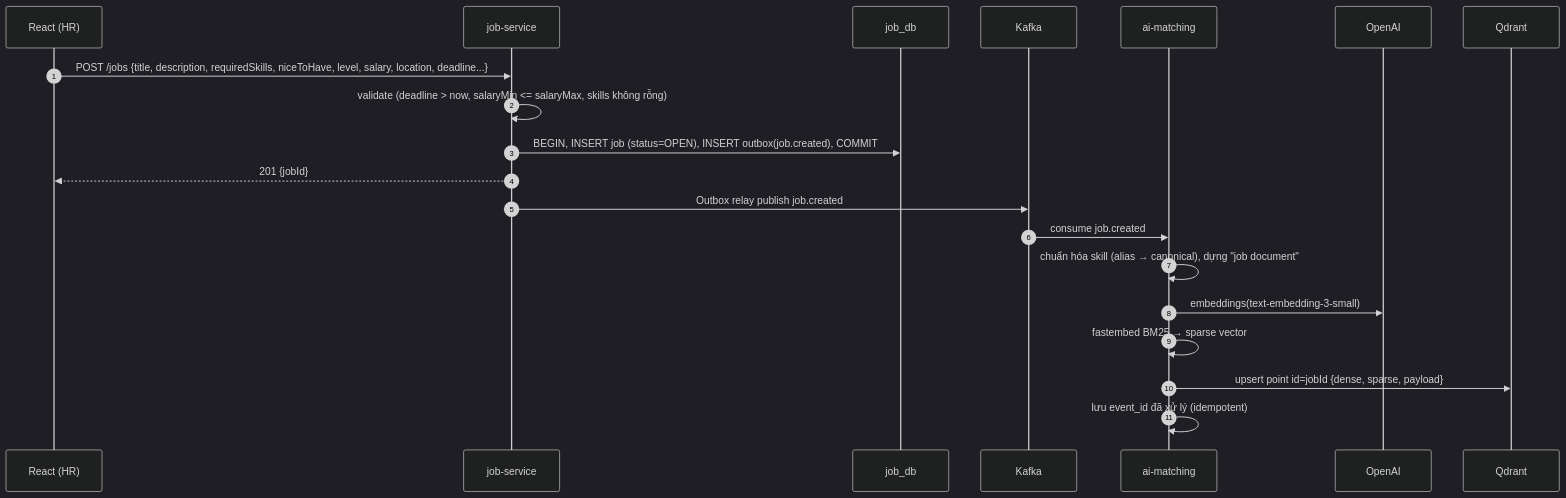
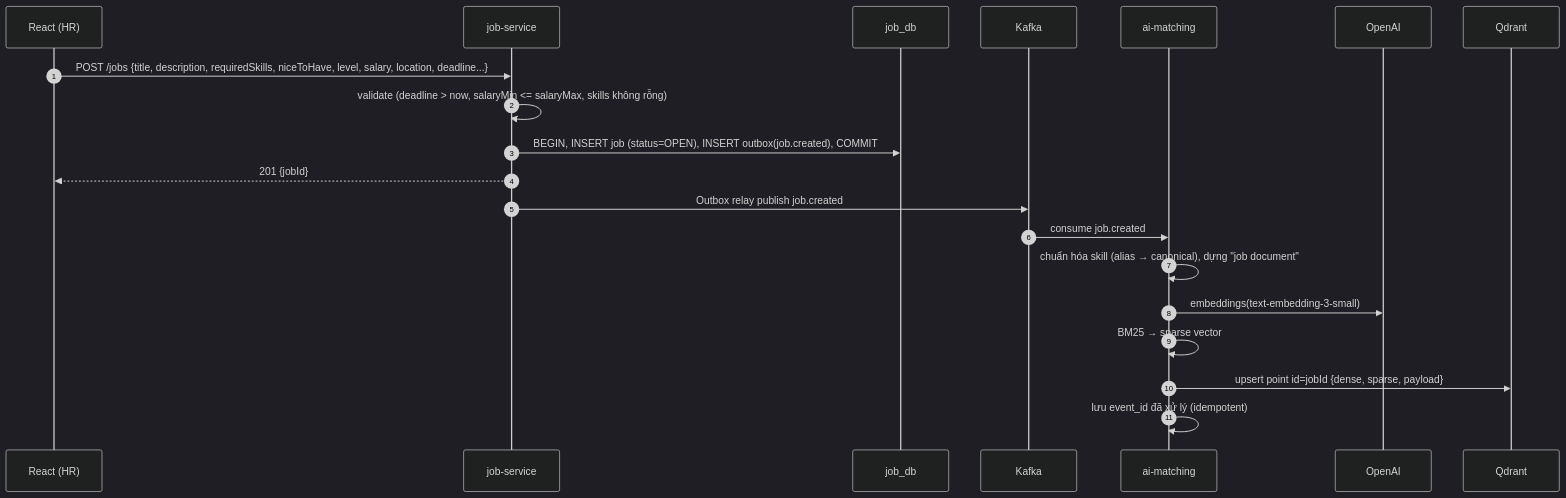
The third of 9 diagrams in ARCHITECTURE.md (nblfrommars/SmartHR_TalentMatch), drawn with Mermaid (dark theme) before and after one commit. The commit also changed other lines of this file and 2 other files, not shown here.

First line of the commit message:
docs(ai-matching): tài liệu encode, Qdrant, gợi ý, parse CV; cập nhật ARCHITECTURE

````diff
--- a/ARCHITECTURE.md
+++ b/ARCHITECTURE.md
@@ -243,23 +245,23 @@
 ```mermaid
 sequenceDiagram
     autonumber
     participant HR as React (HR)
     participant JS as job-service
     participant JDB as job_db
     participant K as Kafka
     participant AI as ai-matching
     participant OAI as OpenAI
     participant QD as Qdrant
 
     HR->>JS: POST /jobs {title, description, requiredSkills, niceToHave, level, salary, location, deadline...}
     JS->>JS: validate (deadline > now, salaryMin <= salaryMax, skills không rỗng)
     JS->>JDB: BEGIN, INSERT job (status=OPEN), INSERT outbox(job.created), COMMIT
     JS-->>HR: 201 {jobId}
     JS->>K: Outbox relay publish job.created
     K->>AI: consume job.created
     AI->>AI: chuẩn hóa skill (alias → canonical), dựng "job document"
     AI->>OAI: embeddings(text-embedding-3-small)
-    AI->>AI: fastembed BM25 → sparse vector
+    AI->>AI: BM25 → sparse vector
     AI->>QD: upsert point id=jobId {dense, sparse, payload}
     AI->>AI: lưu event_id đã xử lý (idempotent)
 ```
````
